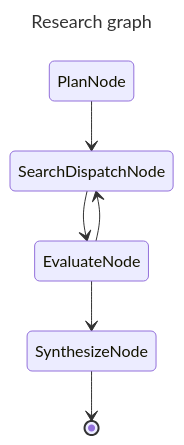
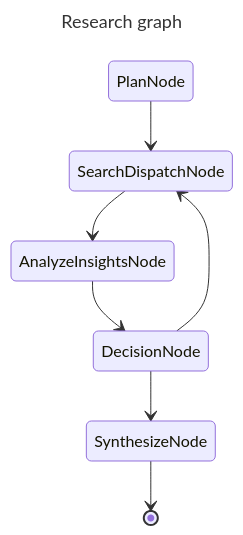
One commit to ggozad/haiku.rag changed the diagram in docs/agents.md. Above: the diagram before and after it, drawn with Mermaid. The commit also changed other lines of this file and 11 other files, not shown here.

Commit message:
Break Evaluation node into AnalyzeInsights & DecisionNode. Use a list of updateable insights & gaps

````diff
--- a/docs/agents.md
+++ b/docs/agents.md
@@ -44,11 +44,12 @@
 ```mermaid
 ---
 title: Research graph
 ---
 stateDiagram-v2
   PlanNode --> SearchDispatchNode
-  SearchDispatchNode --> EvaluateNode
-  EvaluateNode --> SearchDispatchNode
-  EvaluateNode --> SynthesizeNode
+  SearchDispatchNode --> AnalyzeInsightsNode
+  AnalyzeInsightsNode --> DecisionNode
+  DecisionNode --> SearchDispatchNode
+  DecisionNode --> SynthesizeNode
   SynthesizeNode --> [*]
 ```
````
